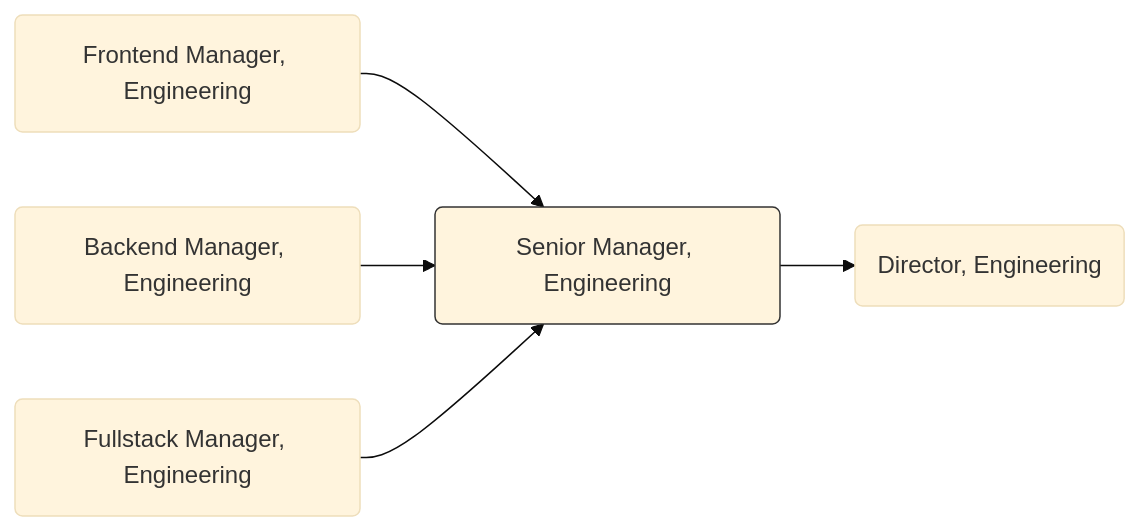
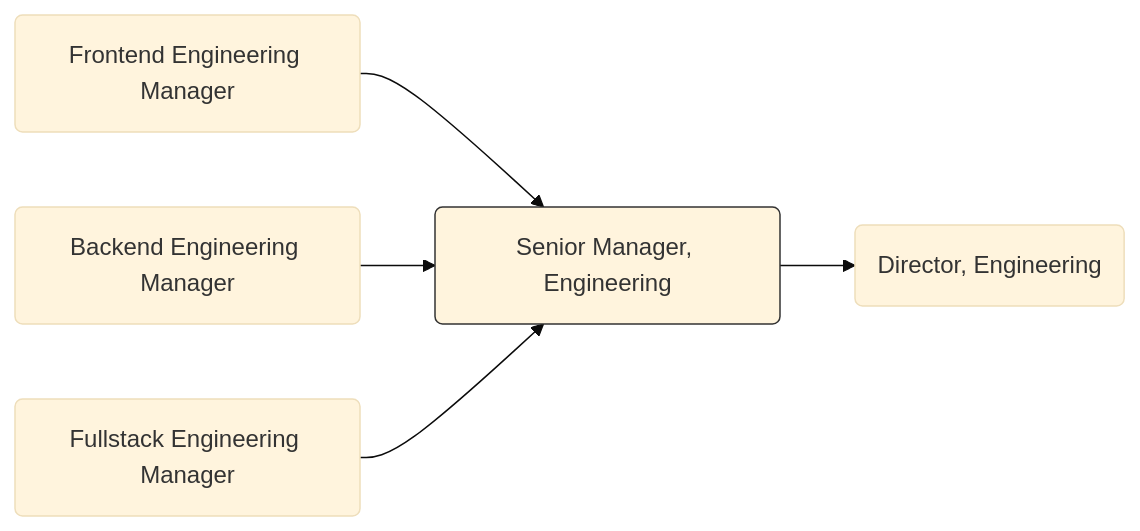
Before and after one commit to secretstartups/handbook: the diagram in job-families/engineering/development/management/senior-manager/index.html.md, drawn with Mermaid (base theme). The commit also changed 9 other files, not shown here.

Commit message:
Update Manager, Backend Engineering to Backend Engineering Manager

````diff
--- a/job-families/engineering/development/management/senior-manager/index.html.md
+++ b/job-families/engineering/development/management/senior-manager/index.html.md
@@ -75,31 +75,31 @@
 ```mermaid
   graph LR;
-  manager:backend(Backend Manager, Engineering)
-  manager:frontend(Frontend Manager, Engineering)
-  manager:fullstack(Fullstack Manager, Engineering)
+  manager:backend(Backend Engineering Manager)
+  manager:frontend(Frontend Engineering Manager)
+  manager:fullstack(Fullstack Engineering Manager)
 
   %% engineer:distinguished(Distinguished Engineer)
   manager:senior(Senior Manager, Engineering)
   
   director(Director, Engineering)
 
   manager:frontend --> manager:senior
   manager:backend --> manager:senior
   manager:fullstack --> manager:senior
   %% engineer:distinguished --- manager:senior
   manager:senior --> director
 
   %% engineer:distinguished
   manager:senior
 
   click manager:frontend "/job-families/engineering/development/frontend/manager/";
   click manager:backend "/job-families/engineering/development/backend/manager/";
   click manager:fullstack "/job-families/engineering/development/management/fullstack-manager/";
 
   %% click engineer:distinguished "/job-families/engineering/development/management/distinguished/"
 
   click director "/job-families/engineering/development/management/director/";
 
   classDef selected stroke:#333,stroke-width:1px;
   class manager:senior selected
 ```
````
